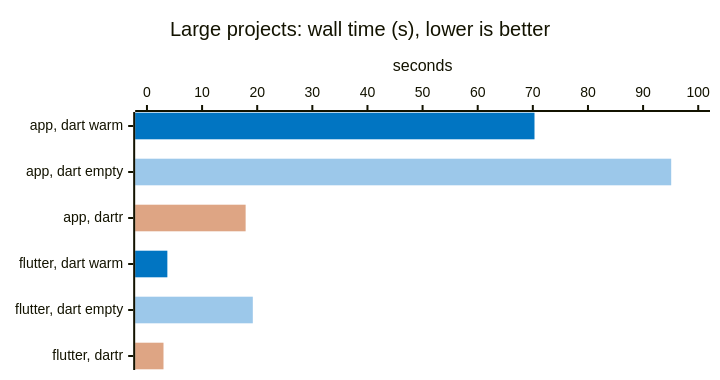
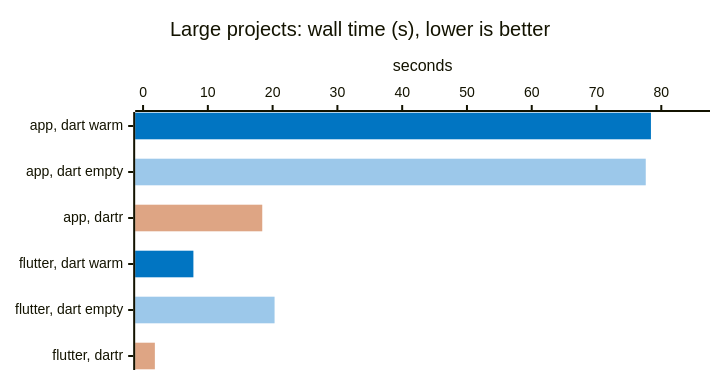
Before and after one commit to orestesgaolin/dartr: the first of 2 diagrams in README.md, drawn with Mermaid. The commit also changed other lines of this file and 3 other files, not shown here.

````diff
--- a/README.md
+++ b/README.md
@@ -146,18 +150,18 @@
 ```mermaid
 ---
 config:
   xyChart:
     height: 360
   themeVariables:
     xyChart:
       plotColorPalette: "#0175C2, #9CC8EA, #DEA584"
 ---
 xychart-beta horizontal
     %% -100 = no bar: one series per measurement gives each its own color
     title "Large projects: wall time (s), lower is better"
     x-axis ["app, dart warm", "app, dart empty", "app, dartr", "flutter, dart warm", "flutter, dart empty", "flutter, dartr"]
-    y-axis "seconds" 0 --> 100
-    bar [70.3, -100, -100, 3.7, -100, -100]
-    bar [-100, 95.1, -100, -100, 19.2, -100]
-    bar [-100, -100, 17.9, -100, -100, 3]
+    y-axis "seconds" 0 --> 86.3
+    bar [78.4, -100, -100, 7.77, -100, -100]
+    bar [-100, 77.6, -100, -100, 20.3, -100]
+    bar [-100, -100, 18.4, -100, -100, 1.82]
 ```
````
